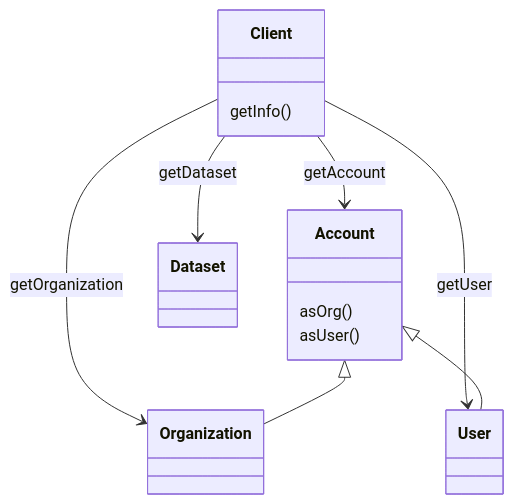
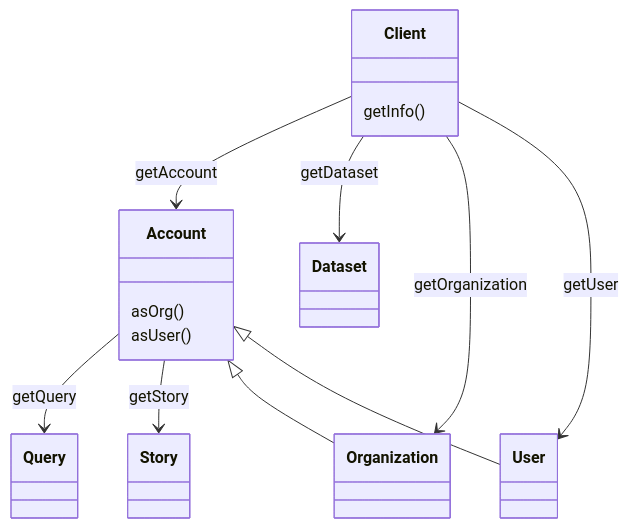
One commit to TriplyDB/Documentation changed the diagram in docs/triply-client-js/index.md. Above: the diagram before and after it, drawn with Mermaid. The commit also changed other lines of this file, not shown here.

````diff
--- a/docs/triply-client-js/index.md
+++ b/docs/triply-client-js/index.md
@@ -339,22 +365,28 @@
 ```mermaid
 classDiagram
   class Account {
     asOrg()
     asUser()
   }
+  Account --> Query: getQuery
+  Account --> Story: getStory
   class Client {
     getInfo()
   }
   Client --> Account: getAccount
   Client --> Dataset: getDataset
   Client --> Organization: getOrganization
   Client --> User: getUser
   class Dataset {
   }
   class Organization {
   }
   Account <|-- Organization
+  class Query {
+  }
+  class Story {
+  }
   class User {
   }
   Account <|-- User
 ```
````
